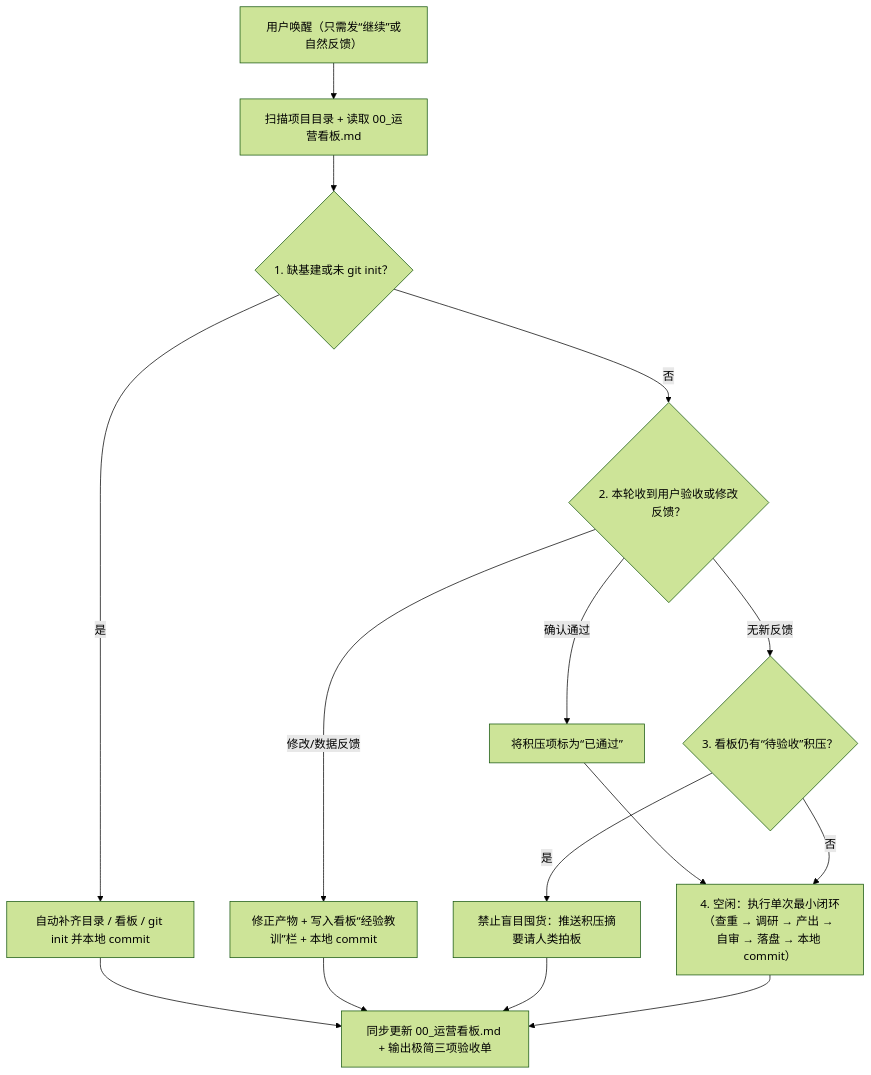
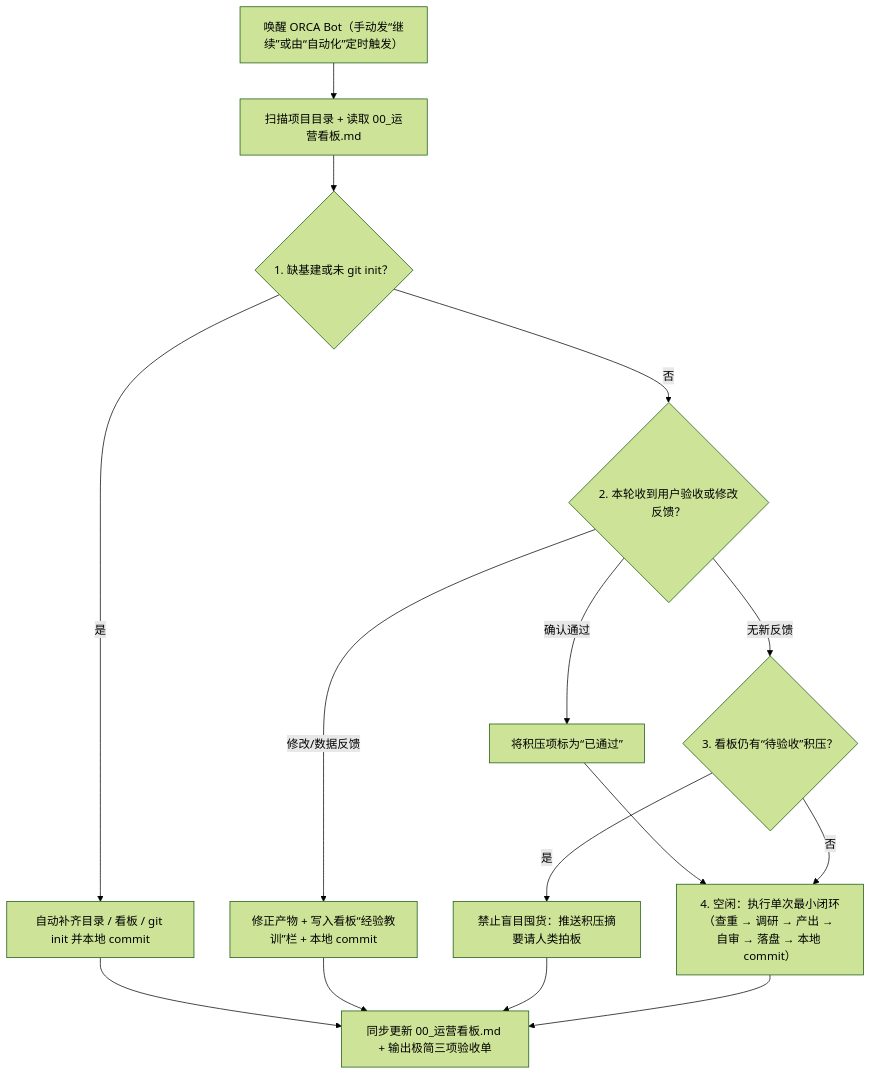
Before and after one commit to LaGz3/orca-bot-factory: the diagram in README.md, drawn with Mermaid (forest theme). The commit also changed other lines of this file and 1 other file, not shown here.

Commit message:
docs: 聚焦 ORCA Bot 原生建造工厂，更新 README 与元提示词

````diff
--- a/README.md
+++ b/README.md
@@ -153,16 +162,16 @@
 ```mermaid
 flowchart TD
-    A["用户唤醒（只需发“继续”或自然反馈）"] --> B["扫描项目目录 + 读取 00_运营看板.md"]
+    A["唤醒 ORCA Bot（手动发“继续”或由“自动化”定时触发）"] --> B["扫描项目目录 + 读取 00_运营看板.md"]
     B --> C{"1. 缺基建或未 git init？"}
     C -- 是 --> C1["自动补齐目录 / 看板 / git init 并本地 commit"]
     C -- 否 --> D{"2. 本轮收到用户验收或修改反馈？"}
     D -- 修改/数据反馈 --> D1["修正产物 + 写入看板“经验教训”栏 + 本地 commit"]
     D -- 确认通过 --> D2["将积压项标为“已通过”"] --> F
     D -- 无新反馈 --> E{"3. 看板仍有“待验收”积压？"}
     E -- 是 --> E1["禁止盲目囤货：推送积压摘要请人类拍板"]
     E -- 否 --> F["4. 空闲：执行单次最小闭环（查重 → 调研 → 产出 → 自审 → 落盘 → 本地 commit）"]
     C1 --> G["同步更新 00_运营看板.md + 输出极简三项验收单"]
     D1 --> G
     E1 --> G
     F --> G
 ```
````
